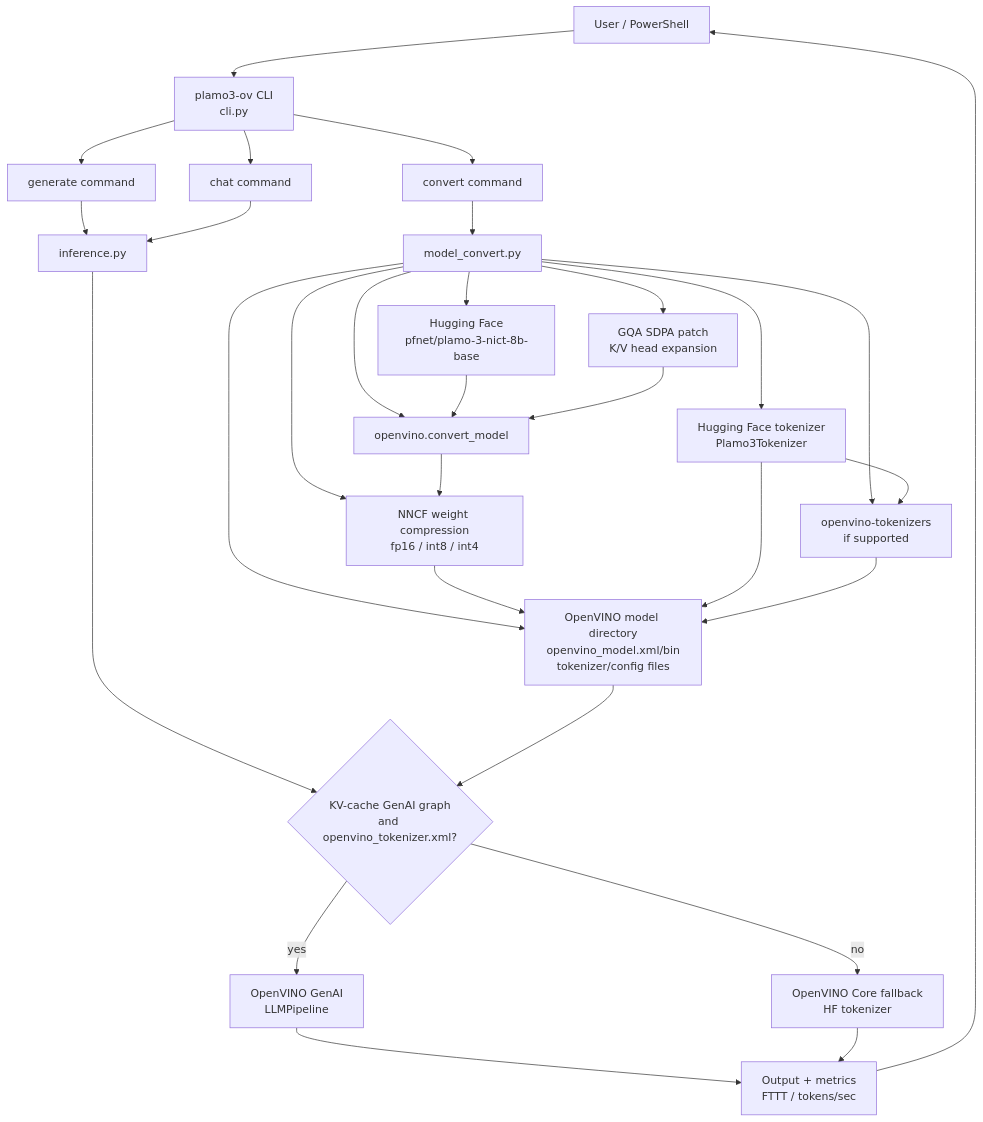
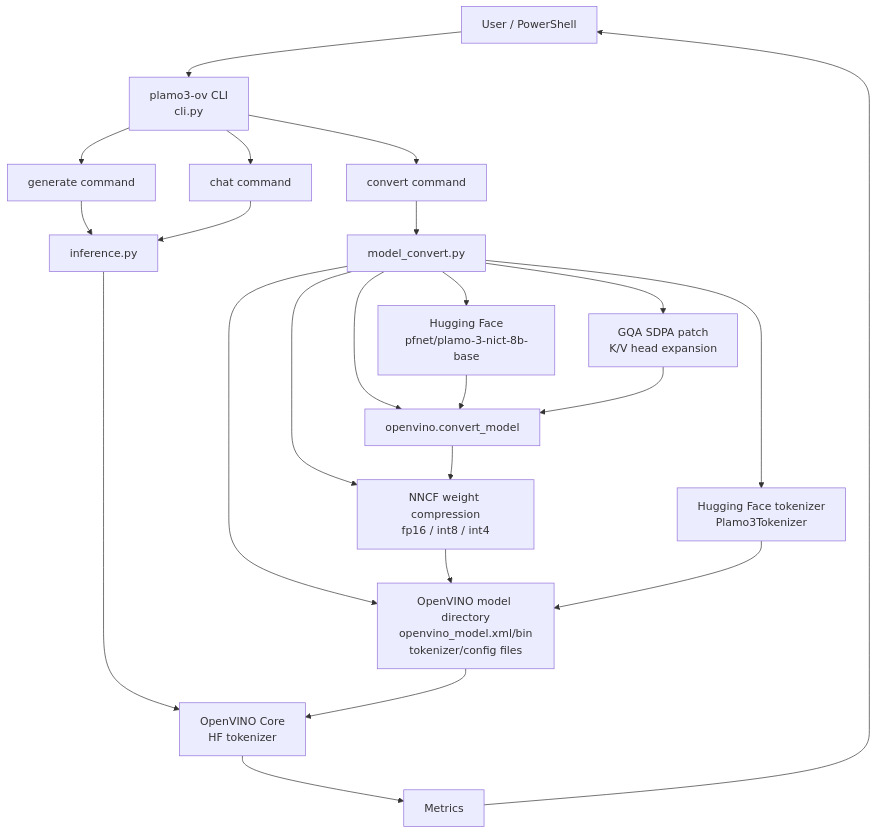
One commit to kazukiminemura/plamo3_benchmark changed the diagram in README.md. Above: the diagram before and after it, drawn with Mermaid. The commit also changed other lines of this file and 6 other files, not shown here.

Commit message:
Simplify OpenVINO conversion path

````diff
--- a/README.md
+++ b/README.md
@@ -34,35 +34,29 @@
 ```mermaid
 flowchart TD
     User["User / PowerShell"] --> CLI["plamo3-ov CLI<br/>cli.py"]
 
     CLI --> ConvertCmd["convert command"]
     CLI --> GenerateCmd["generate command"]
     CLI --> ChatCmd["chat command"]
 
     ConvertCmd --> ModelConvert["model_convert.py"]
     ModelConvert --> HFModel["Hugging Face<br/>pfnet/plamo-3-nict-8b-base"]
     ModelConvert --> HFTokenizer["Hugging Face tokenizer<br/>Plamo3Tokenizer"]
     ModelConvert --> OVConvert["openvino.convert_model"]
     ModelConvert --> GQAPatch["GQA SDPA patch<br/>K/V head expansion"]
     ModelConvert --> NNCF["NNCF weight compression<br/>fp16 / int8 / int4"]
-    ModelConvert --> OVTokenizer["openvino-tokenizers<br/>if supported"]
     ModelConvert --> Artifact["OpenVINO model directory<br/>openvino_model.xml/bin<br/>tokenizer/config files"]
 
     HFModel --> OVConvert
     GQAPatch --> OVConvert
     OVConvert --> NNCF
     NNCF --> Artifact
-    HFTokenizer --> OVTokenizer
     HFTokenizer --> Artifact
-    OVTokenizer --> Artifact
 
     GenerateCmd --> Inference["inference.py"]
     ChatCmd --> Inference
-    Inference --> Loader{"KV-cache GenAI graph<br/>and openvino_tokenizer.xml?"}
-    Loader -->|"yes"| GenAI["OpenVINO GenAI<br/>LLMPipeline"]
-    Loader -->|"no"| CoreFallback["OpenVINO Core fallback<br/>HF tokenizer"]
-    Artifact --> Loader
-    GenAI --> Metrics["Output + metrics<br/>FTTT / tokens/sec"]
+    Inference --> CoreFallback["OpenVINO Core<br/>HF tokenizer"]
+    Artifact --> CoreFallback
     CoreFallback --> Metrics
     Metrics --> User
 ```
````
